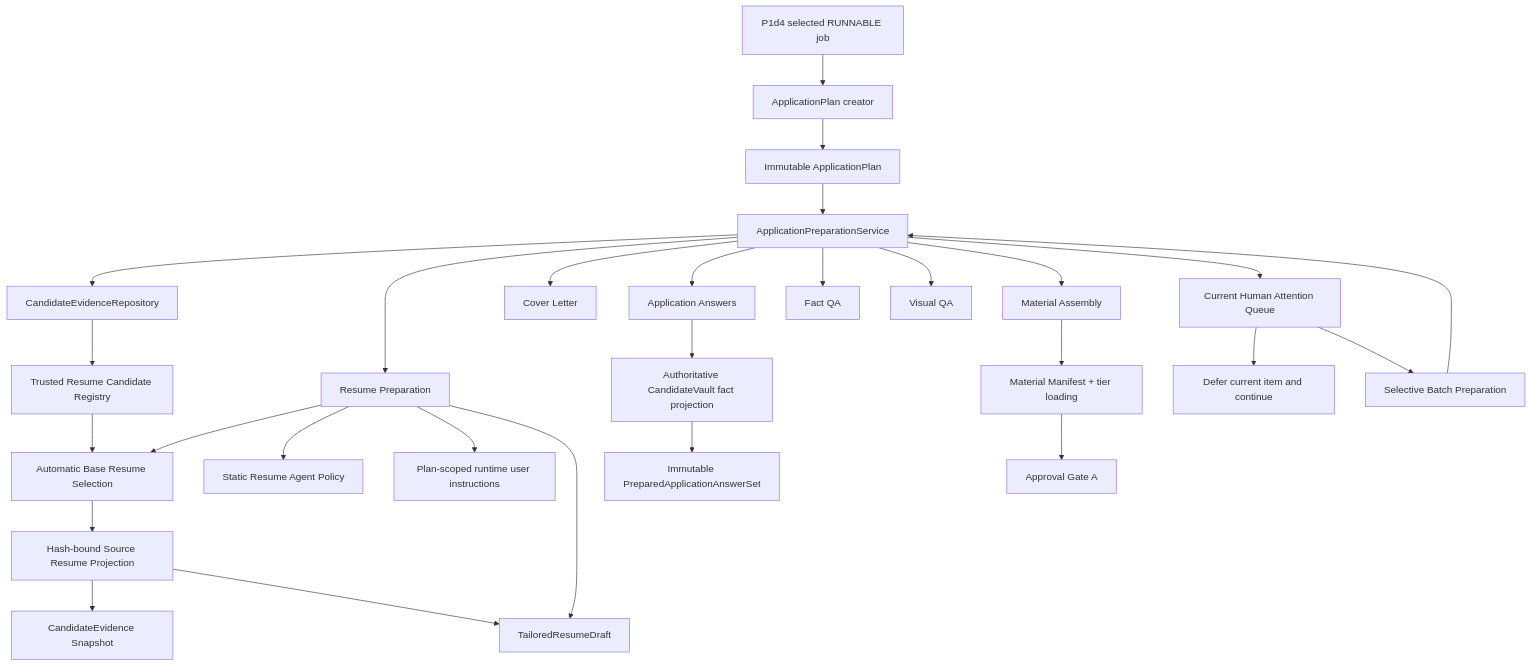
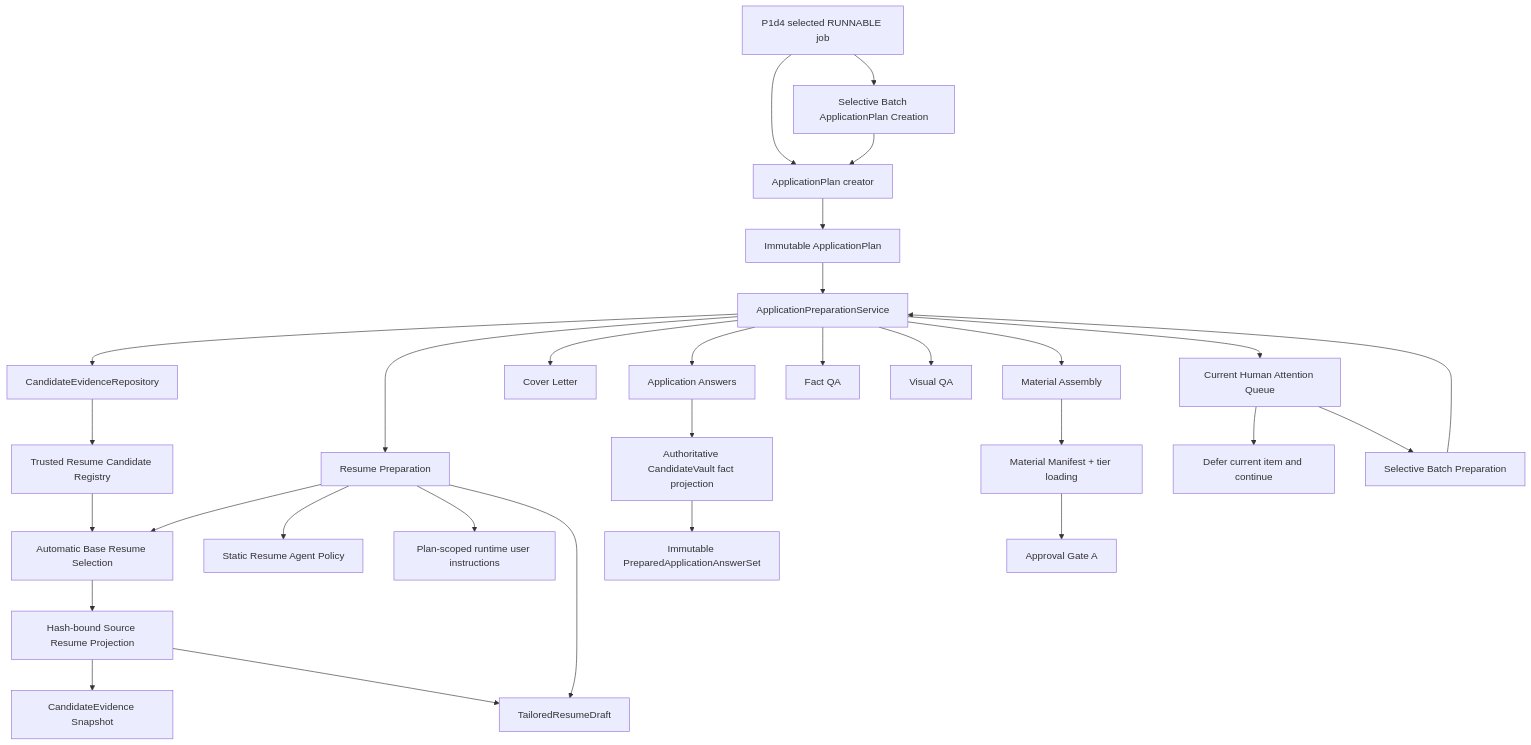
One commit to yuyao-wang/Jobops changed the fourth of 7 diagrams in development_doc/ARCHITECTURE.md. Above: the diagram before and after it, drawn with Mermaid. The commit also changed other lines of this file and 134 other files, not shown here.

Commit message:
Complete typed preparation and human resolution flows

````diff
--- a/development_doc/ARCHITECTURE.md
+++ b/development_doc/ARCHITECTURE.md
@@ -473,30 +596,32 @@
 ```mermaid
 flowchart TB
     Q["P1d4 selected RUNNABLE job"] --> C["ApplicationPlan creator"]
+    Q --> BC["Selective Batch ApplicationPlan Creation"]
+    BC --> C
     C --> I["Immutable ApplicationPlan"]
     I --> P["ApplicationPreparationService"]
     P --> E["CandidateEvidenceRepository"]
     E --> RC["Trusted Resume Candidate Registry"]
     P --> RP["Resume Preparation"]
     RC --> RS["Automatic Base Resume Selection"]
     RS --> SRP["Hash-bound Source Resume Projection"]
     SRP --> CE["CandidateEvidence Snapshot"]
     SRP --> TD
     RP --> RS
     RP --> SP["Static Resume Agent Policy"]
     RP --> UI["Plan-scoped runtime user instructions"]
     RP --> TD["TailoredResumeDraft"]
     P --> CL["Cover Letter"]
     P --> AN["Application Answers"]
     AN --> AF["Authoritative CandidateVault fact projection"]
     AF --> AS["Immutable PreparedApplicationAnswerSet"]
     P --> FQ["Fact QA"]
     P --> VQ["Visual QA"]
     P --> MA["Material Assembly"]
     P --> HA["Current Human Attention Queue"]
     HA --> DC["Defer current item and continue"]
     HA --> SB["Selective Batch Preparation"]
     SB --> P
     MA --> MM["Material Manifest + tier loading"]
     MM --> GA["Approval Gate A"]
 ```
````
